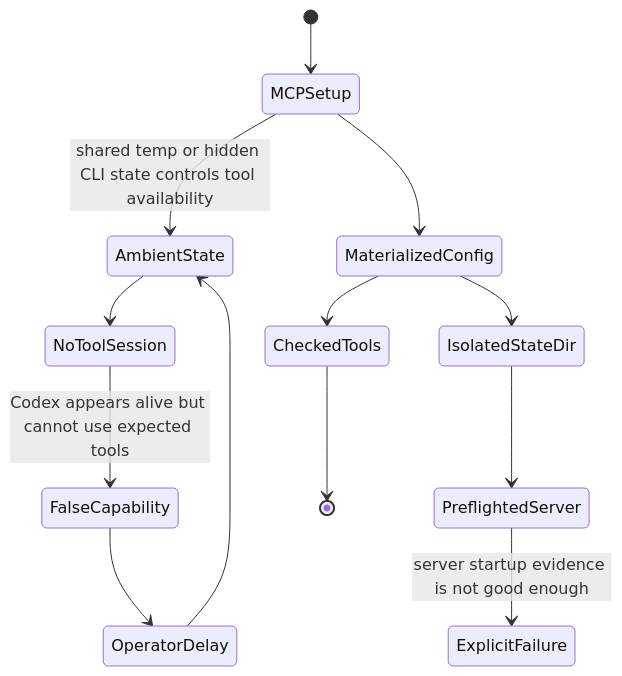
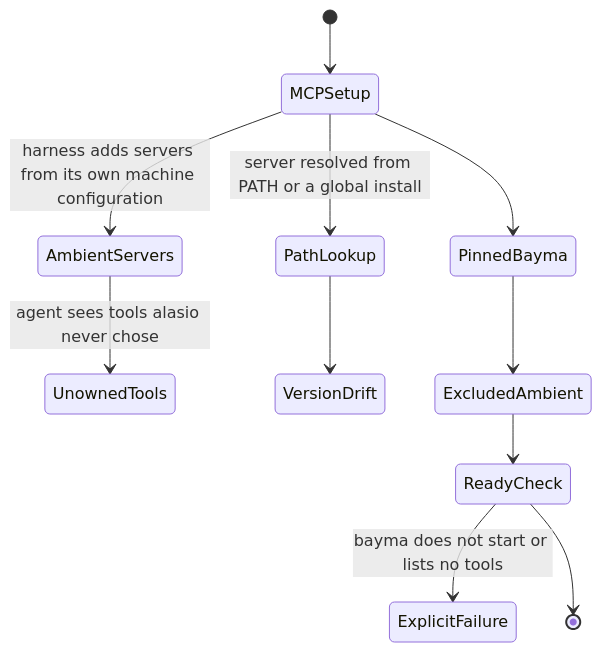
One commit to eaucoin/alasio changed the third of 3 diagrams in src/mcp/README.md. Above: the diagram before and after it, drawn with Mermaid. The commit also changed other lines of this file and 29 other files, not shown here.

First line of the commit message:
Give both harnesses bayma as their only MCP server

````diff
--- a/src/mcp/README.md
+++ b/src/mcp/README.md
@@ -38,15 +30,13 @@
 ```mermaid
 stateDiagram-v2
   [*] --> MCPSetup
-  MCPSetup --> AmbientState: shared temp or hidden CLI state controls tool availability
-  AmbientState --> NoToolSession
-  NoToolSession --> FalseCapability: Codex appears alive but cannot use expected tools
-  FalseCapability --> OperatorDelay
-  OperatorDelay --> AmbientState
-  MCPSetup --> MaterializedConfig
-  MaterializedConfig --> IsolatedStateDir
-  IsolatedStateDir --> PreflightedServer
-  PreflightedServer --> ExplicitFailure: server startup evidence is not good enough
-  MaterializedConfig --> CheckedTools
-  CheckedTools --> [*]
+  MCPSetup --> AmbientServers: harness adds servers from its own machine configuration
+  AmbientServers --> UnownedTools: agent sees tools alasio never chose
+  MCPSetup --> PathLookup: server resolved from PATH or a global install
+  PathLookup --> VersionDrift
+  MCPSetup --> PinnedBayma
+  PinnedBayma --> ExcludedAmbient
+  ExcludedAmbient --> ReadyCheck
+  ReadyCheck --> ExplicitFailure: bayma does not start or lists no tools
+  ReadyCheck --> [*]
 ```
````
